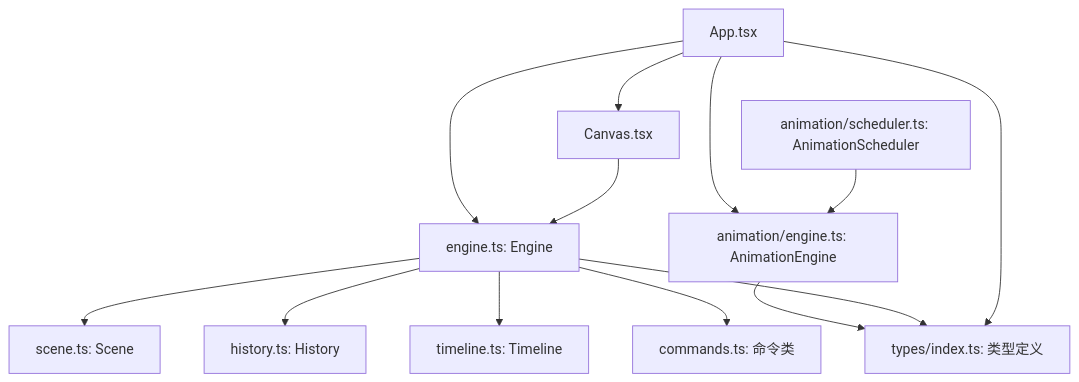
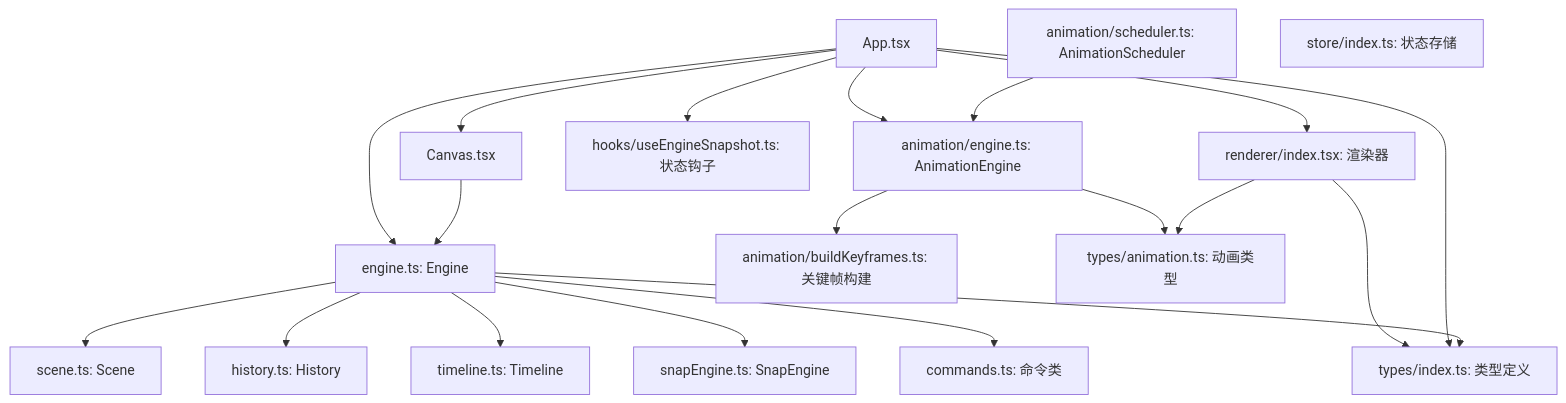
One commit to Anna0314zy/ai_editor_enginer changed diagram 11 of 11 in .qoder/repowiki/zh/content/核心架构/核心架构.md. Above: the diagram before and after it, drawn with Mermaid. The commit also changed other lines of this file and 7 other files, not shown here.

````diff
--- a/.qoder/repowiki/zh/content/核心架构/核心架构.md
+++ b/.qoder/repowiki/zh/content/核心架构/核心架构.md
@@ -429,25 +626,37 @@
 ```mermaid
 graph TB
 APP["App.tsx"]
 CANVAS["Canvas.tsx"]
 ENGINE["engine.ts: Engine"]
 SCENE["scene.ts: Scene"]
 HISTORY["history.ts: History"]
 TIMELINE["timeline.ts: Timeline"]
+SNAP["snapEngine.ts: SnapEngine"]
 CMDS["commands.ts: 命令类"]
 ANIM_ENGINE["animation/engine.ts: AnimationEngine"]
 ANIM_SCHED["animation/scheduler.ts: AnimationScheduler"]
+BUILD_KEYFRAMES["animation/buildKeyframes.ts: 关键帧构建"]
 TYPES["types/index.ts: 类型定义"]
+TYPES_ANIM["types/animation.ts: 动画类型"]
+HOOKS["hooks/useEngineSnapshot.ts: 状态钩子"]
+RENDERER["renderer/index.tsx: 渲染器"]
+STORE["store/index.ts: 状态存储"]
 APP --> ENGINE
 APP --> ANIM_ENGINE
 APP --> CANVAS
+APP --> HOOKS
 CANVAS --> ENGINE
 ENGINE --> SCENE
 ENGINE --> HISTORY
 ENGINE --> TIMELINE
+ENGINE --> SNAP
 ENGINE --> CMDS
 ANIM_SCHED --> ANIM_ENGINE
-ANIM_ENGINE --> TYPES
+ANIM_ENGINE --> BUILD_KEYFRAMES
+ANIM_ENGINE --> TYPES_ANIM
+RENDERER --> TYPES
+RENDERER --> TYPES_ANIM
+APP --> RENDERER
+APP --> TYPES
 ENGINE --> TYPES
-APP --> TYPES
 ```
````
